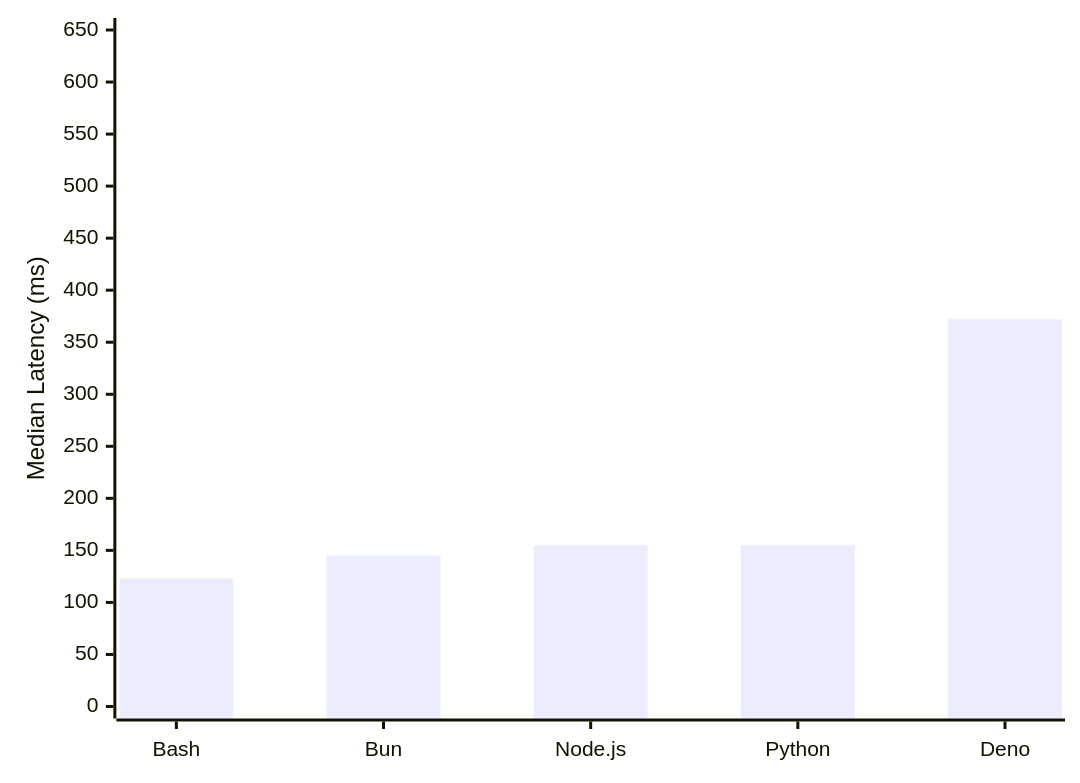
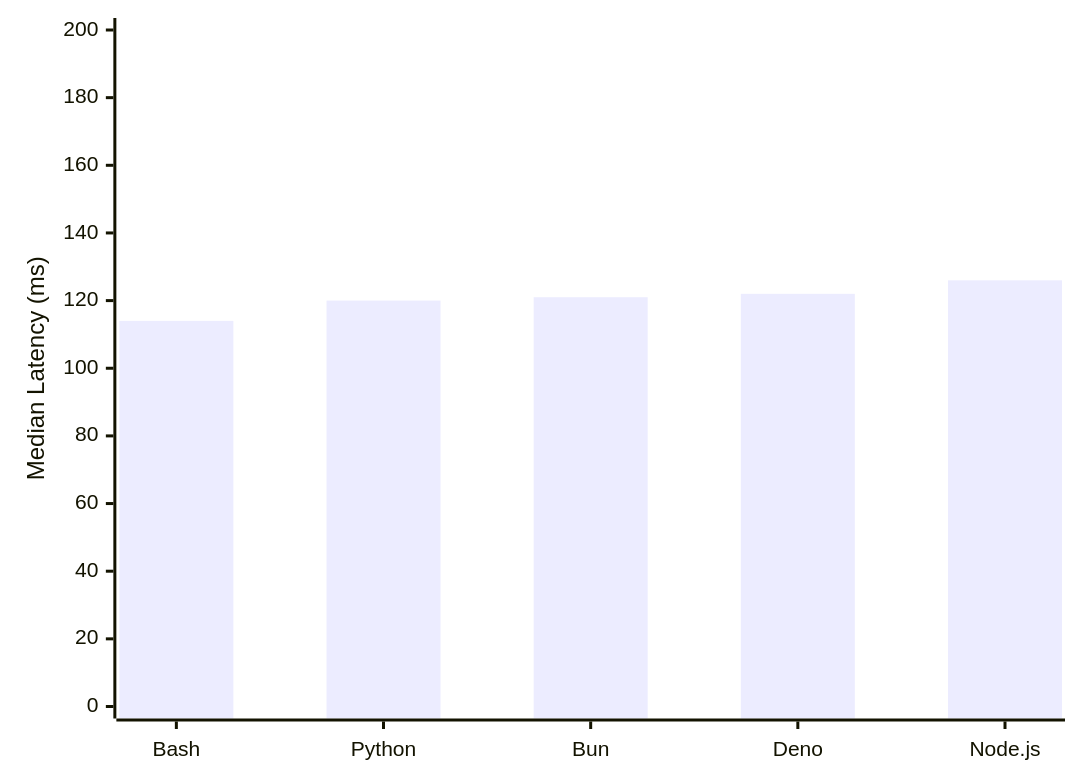
The first of 4 diagrams in docs/benchmarks.mdx (Illusion47586/isol8), drawn with Mermaid before and after one commit. The commit also changed other lines of this file and 13 other files, not shown here.

````diff
--- a/docs/benchmarks.mdx
+++ b/docs/benchmarks.mdx
@@ -52,14 +52,14 @@
 ```mermaid
 ---
 config:
   xyChart:
     xAxis:
       label: "Runtime"
     yAxis:
       label: "Median Latency (ms)"
 ---
 xychart-beta
-    x-axis ["Bash", "Bun", "Node.js", "Python", "Deno"]
-    y-axis "Median Latency (ms)" 0 --> 650
-    bar [123, 145, 155, 155, 372]
+    x-axis ["Bash", "Python", "Bun", "Deno", "Node.js"]
+    y-axis "Median Latency (ms)" 0 --> 200
+    bar [114, 120, 121, 122, 126]
 ```
````
